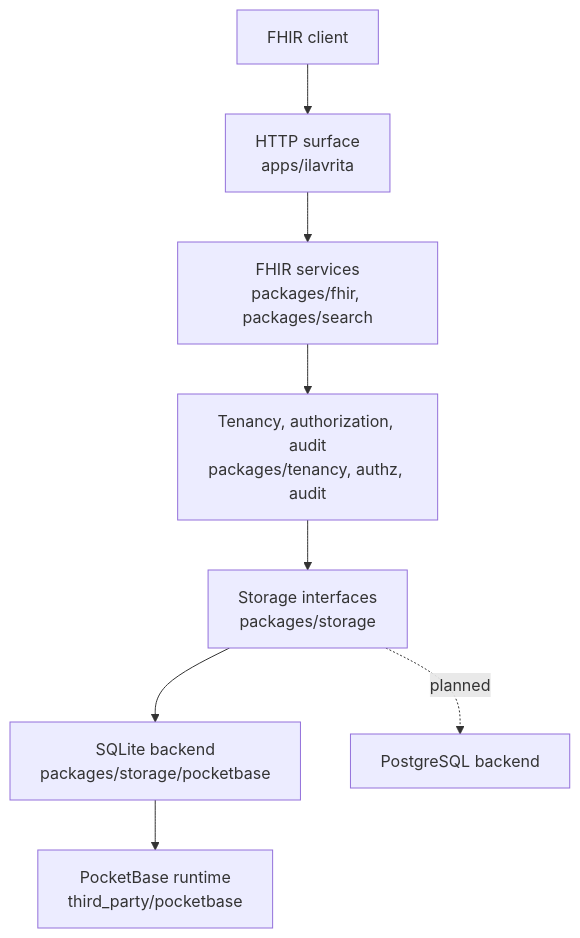
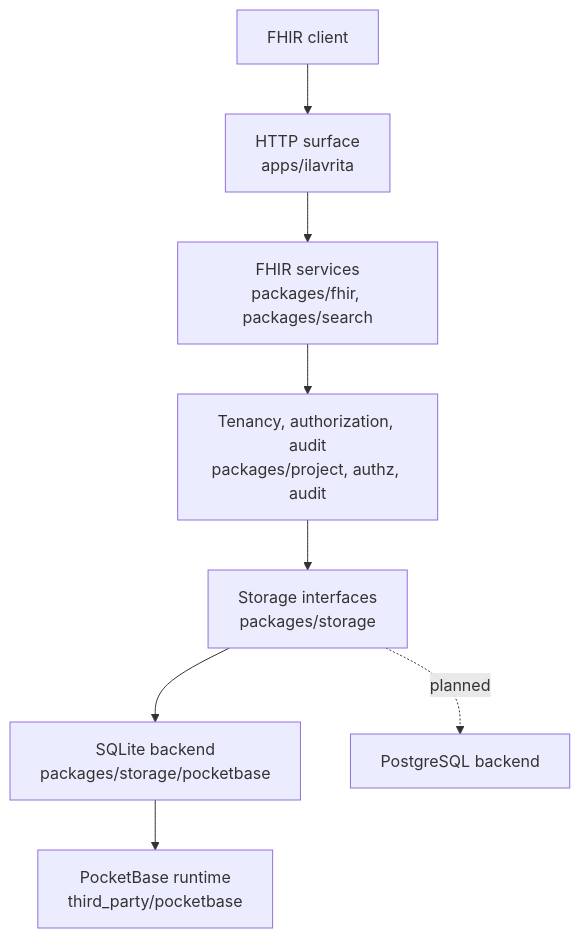
Before and after one commit to Ilavrita/Ilavrita: the diagram in docs/architecture.md, drawn with Mermaid. The commit also changed other lines of this file and 8 other files, not shown here.

````diff
--- a/docs/architecture.md
+++ b/docs/architecture.md
@@ -16,10 +16,10 @@
 ```mermaid
 flowchart TD
     client["FHIR client"] --> http["HTTP surface<br/>apps/ilavrita"]
     http --> services["FHIR services<br/>packages/fhir, packages/search"]
-    services --> policy["Tenancy, authorization, audit<br/>packages/tenancy, authz, audit"]
+    services --> policy["Tenancy, authorization, audit<br/>packages/project, authz, audit"]
     policy --> boundary["Storage interfaces<br/>packages/storage"]
     boundary --> sqlite["SQLite backend<br/>packages/storage/pocketbase"]
     boundary -.planned.-> postgres["PostgreSQL backend"]
     sqlite --> runtime["PocketBase runtime<br/>third_party/pocketbase"]
 ```
````
